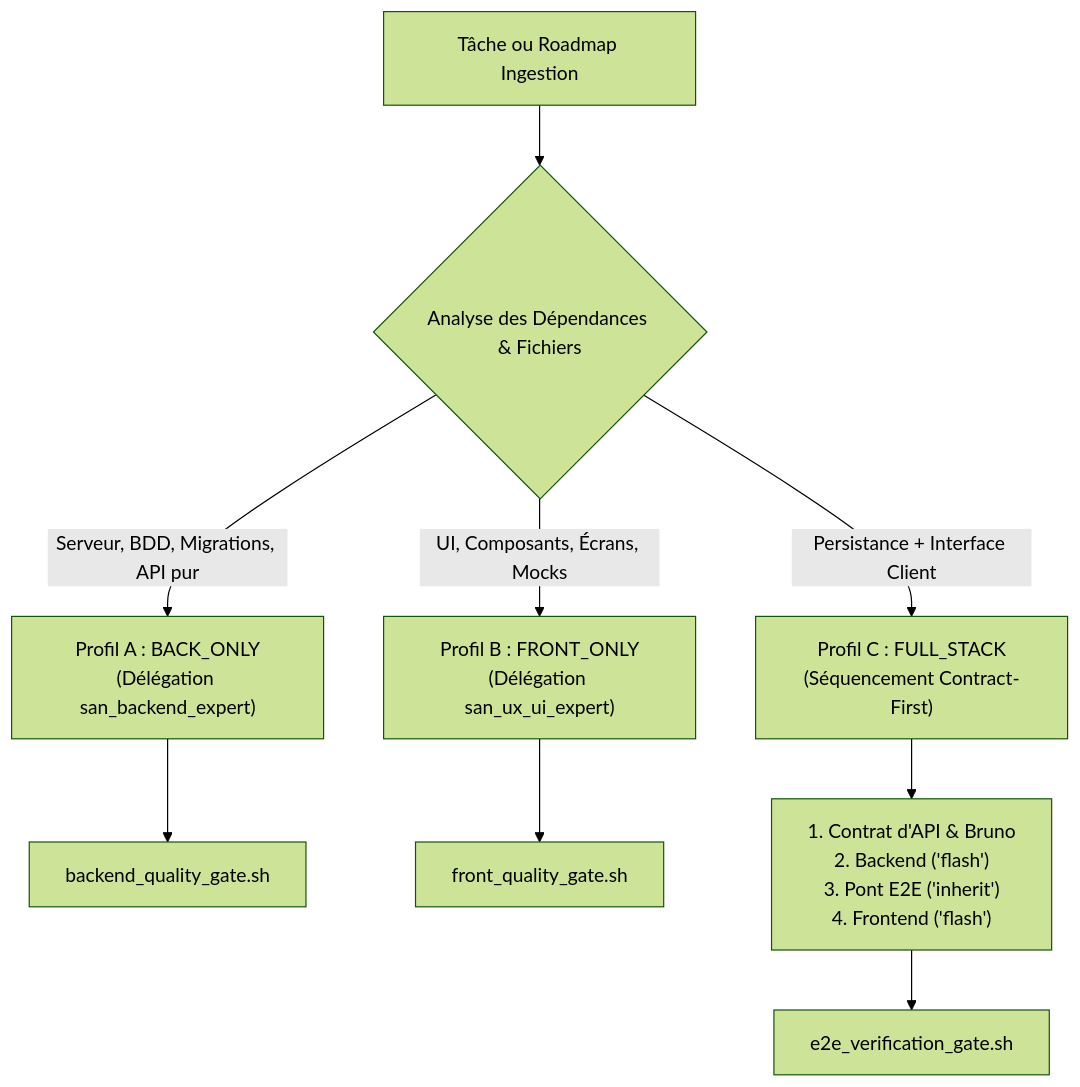
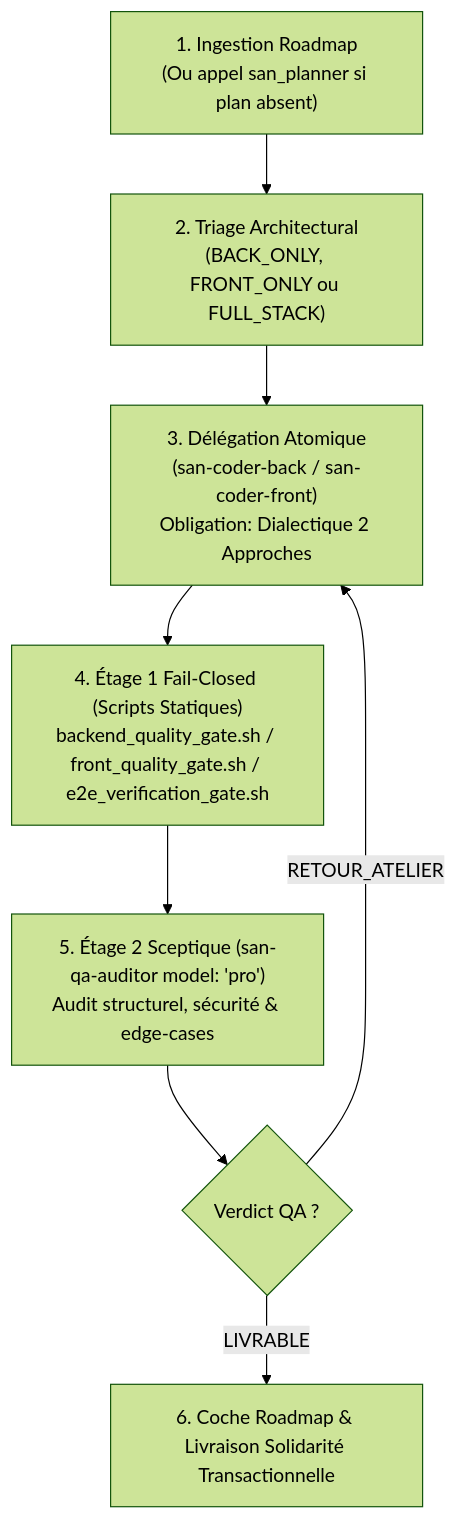
The diagram in src/skills/san_executer/SKILL.md (alexsan-dev/san_agy_framework), drawn with Mermaid (forest theme) before and after one commit. The commit also changed other lines of this file and 114 other files, not shown here.

````diff
--- a/src/skills/san_executer/SKILL.md
+++ b/src/skills/san_executer/SKILL.md
@@ -72,13 +25,10 @@
 ```mermaid
 flowchart TD
-    Ingest["Tâche ou Roadmap Ingestion"] --> Eval{"Analyse des Dépendances & Fichiers"}
-    
-    Eval -->|"Serveur, BDD, Migrations, API pur"| ProfA["Profil A : BACK_ONLY\n(Délégation san_backend_expert)"]
-    Eval -->|"UI, Composants, Écrans, Mocks"| ProfB["Profil B : FRONT_ONLY\n(Délégation san_ux_ui_expert)"]
-    Eval -->|"Persistance + Interface Client"| ProfC["Profil C : FULL_STACK\n(Séquencement Contract-First)"]
-
-    ProfA --> GateBack["backend_quality_gate.sh"]
-    ProfB --> GateFront["front_quality_gate.sh"]
-    ProfC --> ContractLock["1. Contrat d'API & Bruno\n2. Backend ('flash')\n3. Pont E2E ('inherit')\n4. Frontend ('flash')"]
-    ContractLock --> GateE2E["e2e_verification_gate.sh"]
+    Step1["1. Ingestion Roadmap\n(Ou appel san_planner si plan absent)"] --> Step2["2. Triage Architectural\n(BACK_ONLY, FRONT_ONLY ou FULL_STACK)"]
+    Step2 --> Step3["3. Délégation Atomique\n(san-coder-back / san-coder-front)\nObligation: Dialectique 2 Approches"]
+    Step3 --> Step4["4. Étage 1 Fail-Closed (Scripts Statiques)\nbackend_quality_gate.sh / front_quality_gate.sh / e2e_verification_gate.sh"]
+    Step4 --> Step5["5. Étage 2 Sceptique (san-qa-auditor model: 'pro')\nAudit structurel, sécurité & edge-cases"]
+    Step5 --> Verdict{"Verdict QA ?"}
+    Verdict -->|"RETOUR_ATELIER"| Step3
+    Verdict -->|"LIVRABLE"| Step6["6. Coche Roadmap & Livraison Solidarité Transactionnelle"]
 ```
````
